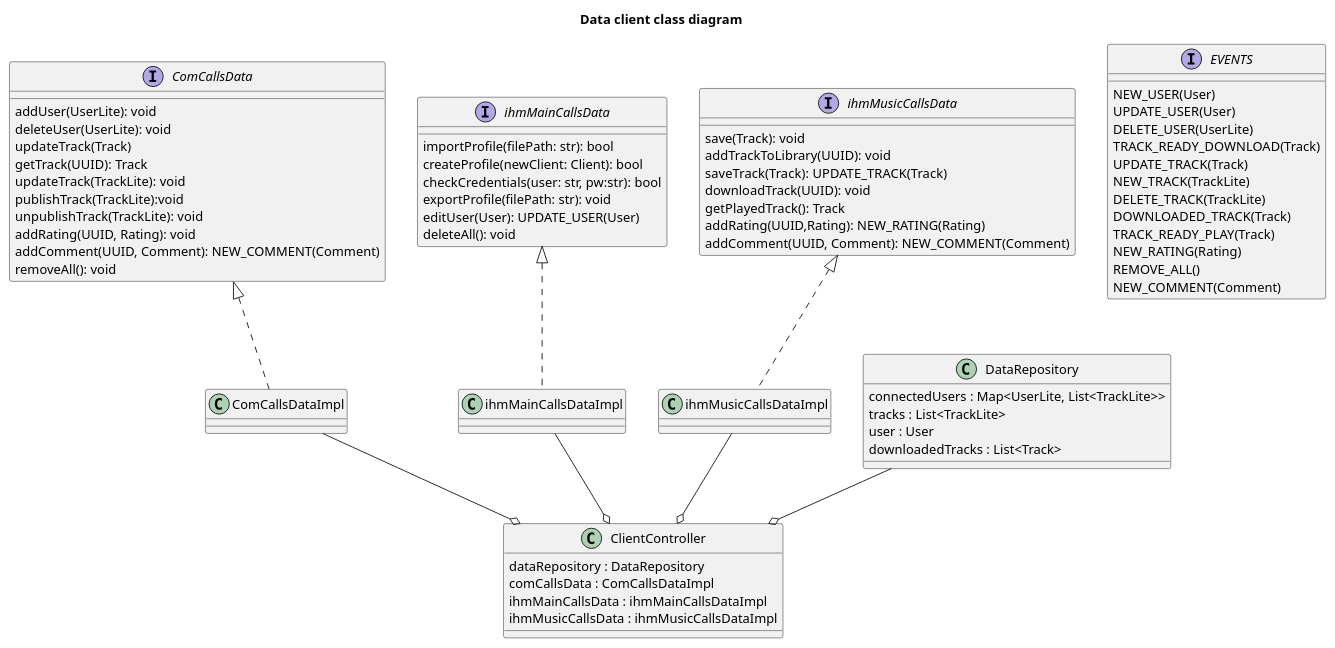
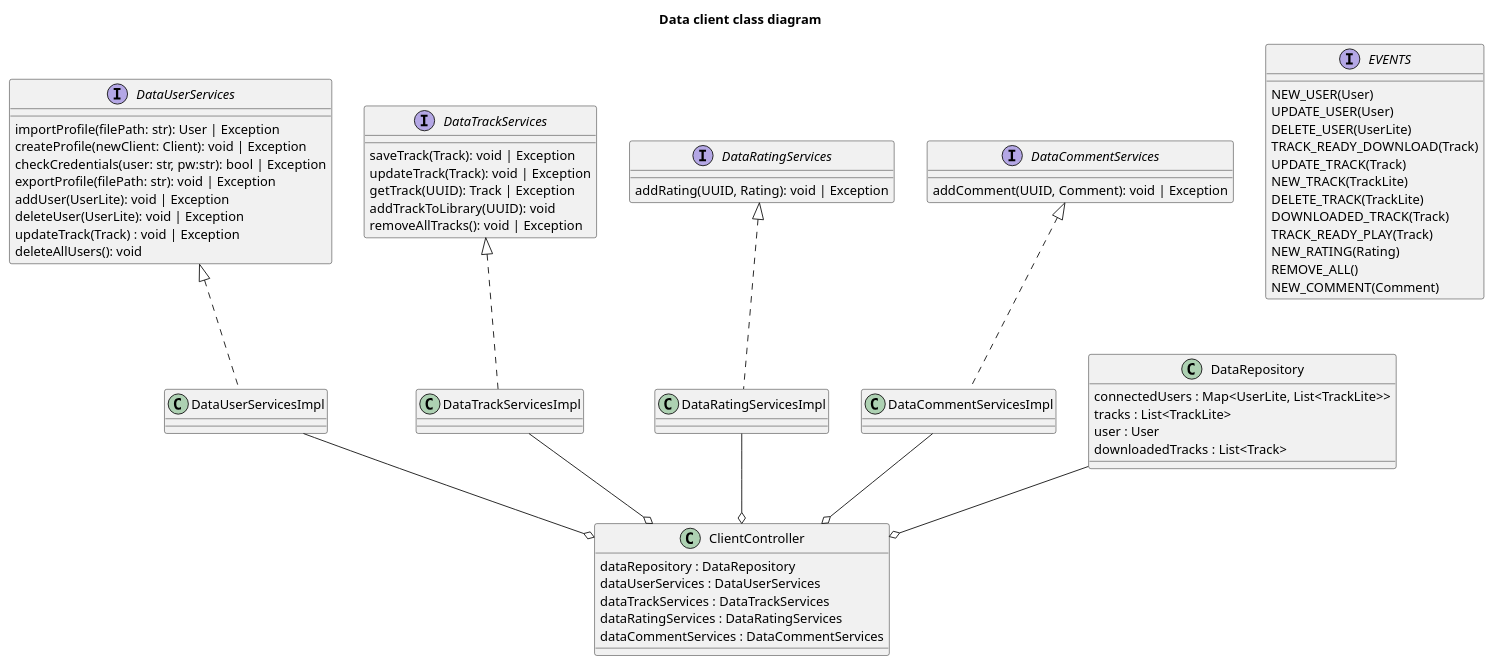
Before and after one commit to UTCAI12/Diagrams: the diagram in class/data_client.puml, drawn with PlantUML. The commit also changed 1 other file, not shown here.

```diff
--- a/class/data_client.puml
+++ b/class/data_client.puml
@@ -1,84 +1,85 @@
 @startuml Data client class diagram
 title Data client class diagram
 
-interface ComCallsData{
-    addUser(UserLite): void
-    deleteUser(UserLite): void
-    updateTrack(Track)
-    getTrack(UUID): Track
-    updateTrack(TrackLite): void
-    publishTrack(TrackLite):void
-    unpublishTrack(TrackLite): void
-    addRating(UUID, Rating): void
-    addComment(UUID, Comment): NEW_COMMENT(Comment)
-    removeAll(): void
-}
-interface ihmMainCallsData{
-    importProfile(filePath: str): bool
-    createProfile(newClient: Client): bool
-    checkCredentials(user: str, pw:str): bool
-    exportProfile(filePath: str): void
-    editUser(User): UPDATE_USER(User)
-    deleteAll(): void
+    interface DataUserServices {
+        importProfile(filePath: str): User | Exception
+        createProfile(newClient: Client): void | Exception
+        checkCredentials(user: str, pw:str): bool | Exception
+        exportProfile(filePath: str): void | Exception
+        addUser(UserLite): void | Exception
+        deleteUser(UserLite): void | Exception
+        updateTrack(Track) : void | Exception
+        deleteAllUsers(): void
+    }
 
-}
-interface ihmMusicCallsData{
-    save(Track): void
-    addTrackToLibrary(UUID): void
-    saveTrack(Track): UPDATE_TRACK(Track)
-    downloadTrack(UUID): void
-    getPlayedTrack(): Track
-    addRating(UUID,Rating): NEW_RATING(Rating)
-    addComment(UUID, Comment): NEW_COMMENT(Comment)
-}
+    interface DataTrackServices {
+        saveTrack(Track): void | Exception
+        updateTrack(Track): void | Exception
+        getTrack(UUID): Track | Exception
+        addTrackToLibrary(UUID): void
+        removeAllTracks(): void | Exception
+    }
 
-class ComCallsDataImpl implements ComCallsData {
+    interface DataRatingServices {
+        addRating(UUID, Rating): void | Exception
+    }
 
-}
-class ihmMainCallsDataImpl implements ihmMainCallsData {
+    interface DataCommentServices {
+        addComment(UUID, Comment): void | Exception
+    }
 
-}
+    class DataUserServicesImpl implements DataUserServices {
 
-class ihmMusicCallsDataImpl implements ihmMusicCallsData {
+    }
 
-}
+    class DataTrackServicesImpl implements DataTrackServices {
 
-class ClientController{
-  
-dataRepository : DataRepository
-comCallsData : ComCallsDataImpl
-ihmMainCallsData : ihmMainCallsDataImpl
-ihmMusicCallsData : ihmMusicCallsDataImpl
-}
+    }
 
-class DataRepository {
-  
-connectedUsers : Map<UserLite, List<TrackLite>>
-tracks : List<TrackLite>
-user : User
-downloadedTracks : List<Track>
-}
+    class DataRatingServicesImpl implements DataRatingServices {
 
-ComCallsDataImpl --o ClientController
-DataRepository --o ClientController
-ihmMainCallsDataImpl --o ClientController
-ihmMusicCallsDataImpl --o ClientController
+    }
+
+    class DataCommentServicesImpl implements DataCommentServices {
+
+    }
 
 
-interface EVENTS {
-    NEW_USER(User)
-    UPDATE_USER(User)
-    DELETE_USER(UserLite)
-    TRACK_READY_DOWNLOAD(Track)
-    UPDATE_TRACK(Track)
-    NEW_TRACK(TrackLite)
-    DELETE_TRACK(TrackLite)
-    DOWNLOADED_TRACK(Track)
-    TRACK_READY_PLAY(Track)
-    NEW_RATING(Rating)
-    REMOVE_ALL()
-    NEW_COMMENT(Comment)
-}
+    class ClientController {
+        dataRepository : DataRepository
+        dataUserServices : DataUserServices
+        dataTrackServices : DataTrackServices
+        dataRatingServices : DataRatingServices
+        dataCommentServices : DataCommentServices
+    }
+
+    class DataRepository {
+        connectedUsers : Map<UserLite, List<TrackLite>>
+        tracks : List<TrackLite>
+        user : User
+        downloadedTracks : List<Track>
+    }
+
+    DataRepository --o ClientController
+    DataUserServicesImpl --o ClientController
+    DataTrackServicesImpl --o ClientController
+    DataRatingServicesImpl --o ClientController
+    DataCommentServicesImpl --o ClientController
+
+    interface EVENTS {
+        NEW_USER(User)
+        UPDATE_USER(User)
+        DELETE_USER(UserLite)
+        TRACK_READY_DOWNLOAD(Track)
+        UPDATE_TRACK(Track)
+        NEW_TRACK(TrackLite)
+        DELETE_TRACK(TrackLite)
+        DOWNLOADED_TRACK(Track)
+        TRACK_READY_PLAY(Track)
+        NEW_RATING(Rating)
+        REMOVE_ALL()
+        NEW_COMMENT(Comment)
+    }
 
 
 @enduml 
```
